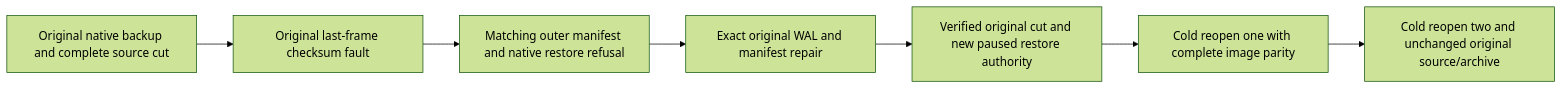
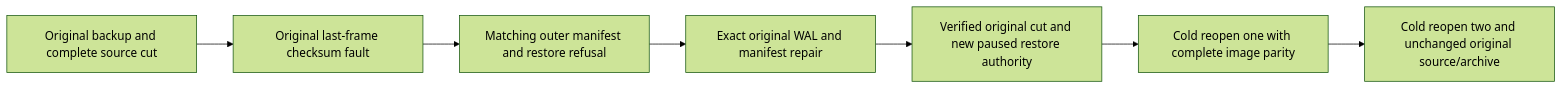
One commit to managedcode/KeyLoad changed the fourth of 13 diagrams in docs/Features/BackupRestore.md. Above: the diagram before and after it, drawn with Mermaid (forest theme). The commit also changed other lines of this file and 9016 other files, not shown here.

````diff
--- a/docs/Features/BackupRestore.md
+++ b/docs/Features/BackupRestore.md
@@ -234,9 +234,9 @@
 ```mermaid
 flowchart LR
-    A[Original native backup and complete source cut] --> B[Original last-frame checksum fault]
-    B --> C[Matching outer manifest and native restore refusal]
+    A[Original backup and complete source cut] --> B[Original last-frame checksum fault]
+    B --> C[Matching outer manifest and restore refusal]
     C --> D[Exact original WAL and manifest repair]
     D --> E[Verified original cut and new paused restore authority]
     E --> F[Cold reopen one with complete image parity]
     F --> G[Cold reopen two and unchanged original source/archive]
 ```
````
